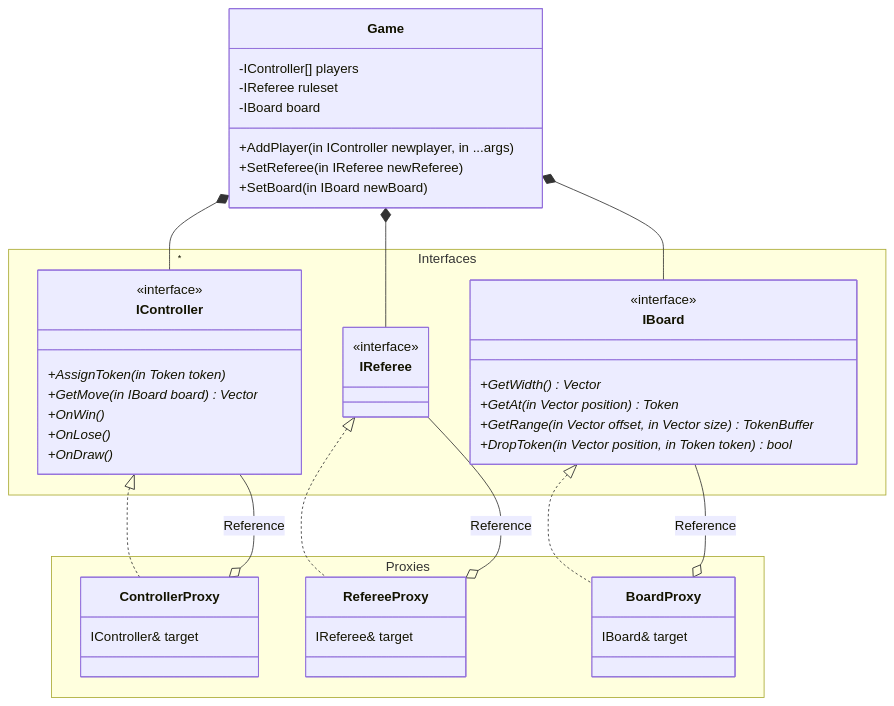
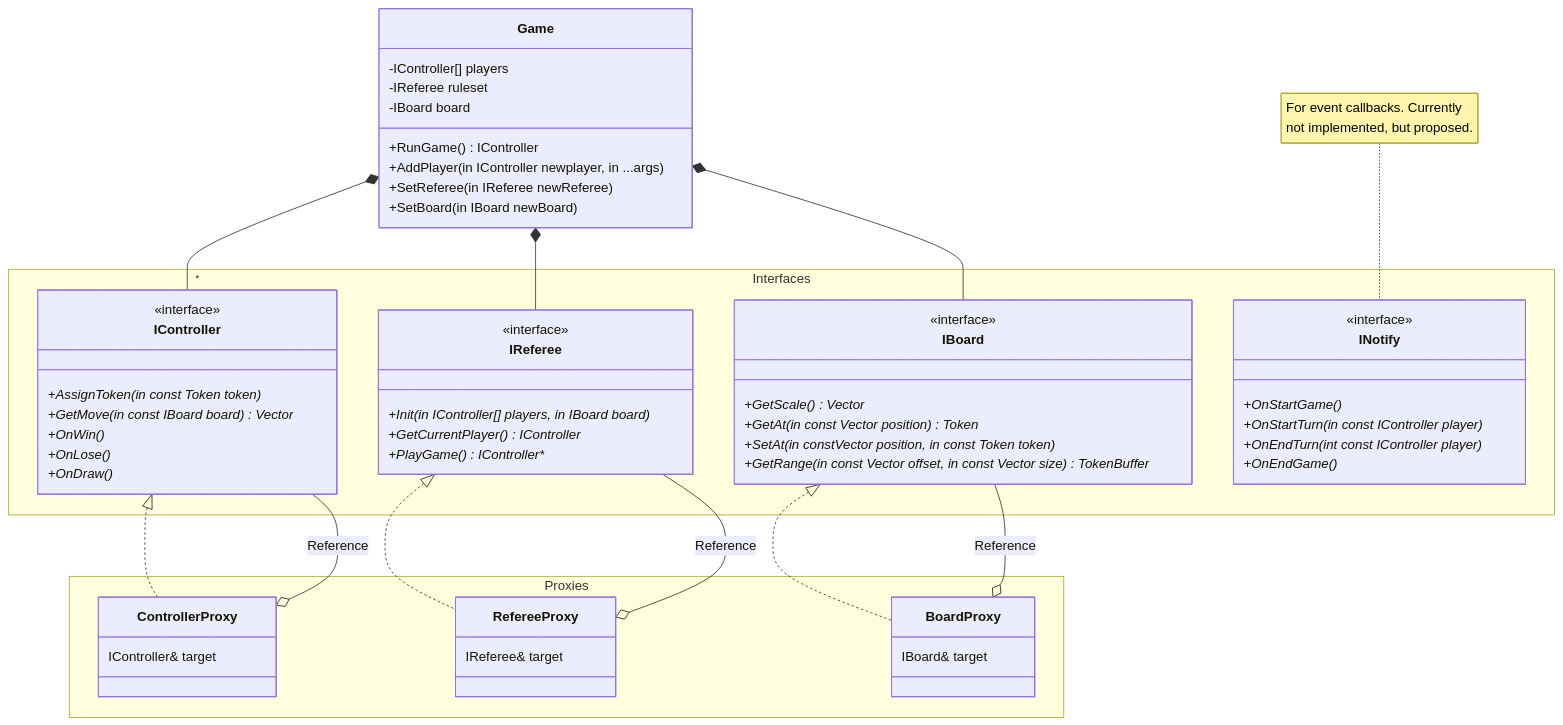
The first of 2 diagrams in docs/structure.md (Ultranerdguy/ConnectX), drawn with Mermaid before and after one commit. The commit also changed 16 other files, not shown here.

````diff
--- a/docs/structure.md
+++ b/docs/structure.md
@@ -5,67 +5,81 @@
 ```mermaid
 classDiagram
 direction TB
 class Game {
   -IController[] players
   -IReferee ruleset
   -IBoard board
+  +RunGame() IController
   +AddPlayer(in IController newplayer, in ...args)
   +SetReferee(in IReferee newReferee)
   +SetBoard(in IBoard newBoard)
 }
 Game *-- "*" IController
 Game *-- IReferee
 Game *-- IBoard
 
 namespace Interfaces {
   class IController
   class IReferee
   class IBoard
+  class INotify
 }
+
 
 class IController {
   <<interface>>
-  +AssignToken(in Token token)*
-  +GetMove(in IBoard board) Vector*
+  +AssignToken(in const Token token)*
+  +GetMove(in const IBoard board) Vector*
   +OnWin()*
   +OnLose()*
   +OnDraw()*
 } 
 
 class IReferee {
   <<interface>>
-  
+  +Init(in IController[] players, in IBoard board)*
+  +GetCurrentPlayer() IController*
+  +PlayGame() IController**
 }
 
 class IBoard {
   <<interface>>
-  +GetWidth() Vector*
-  +GetAt(in Vector position) Token*
-  +GetRange(in Vector offset, in Vector size) TokenBuffer*
-  +DropToken(in Vector position, in Token token) bool*
+  +GetScale() Vector*
+  +GetAt(in const Vector position) Token*
+  +SetAt(in constVector position, in const Token token)*
+  +GetRange(in const Vector offset, in const Vector size) TokenBuffer*
+}
+
+note for INotify "For event callbacks. Currently<br/>not implemented, but proposed."
+class INotify {
+  <<interface>>
+  +OnStartGame()*
+  +OnStartTurn(in const IController player)*
+  +OnEndTurn(int const IController player)*
+  +OnEndGame()*
 }
 
 namespace Proxies {
   class ControllerProxy
   class RefereeProxy
   class BoardProxy
 }
 
 IController <|.. ControllerProxy
 IController --o ControllerProxy : Reference
 class ControllerProxy {
   IController& target
 }
 
 IReferee <|.. RefereeProxy
 IReferee --o RefereeProxy : Reference
 class RefereeProxy {
   IReferee& target
 }
 
 IBoard <|.. BoardProxy
 IBoard --o BoardProxy : Reference
 class BoardProxy {
   IBoard& target
 }
 ```
````
